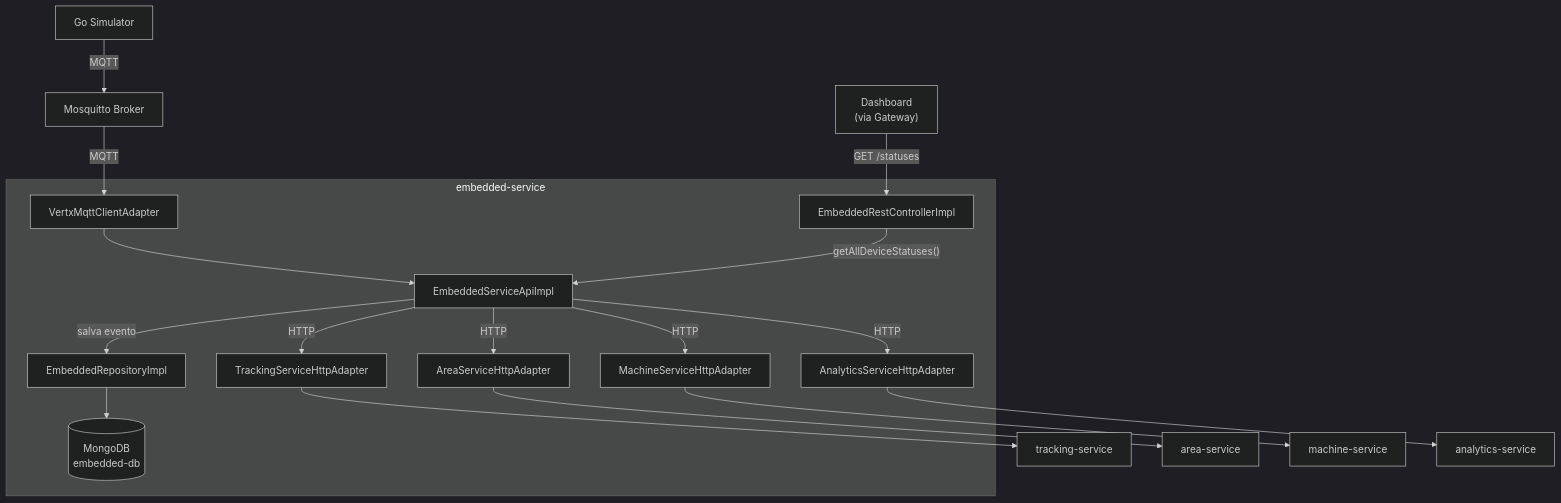
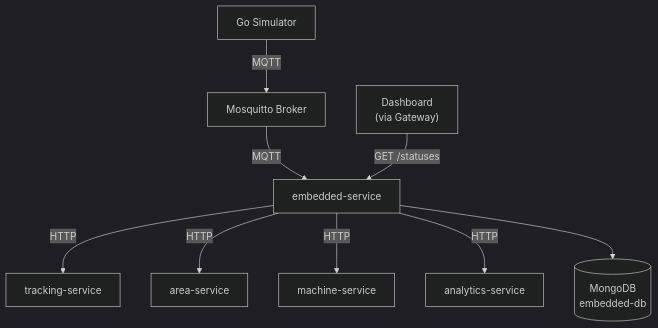
The ninth of 10 diagrams in docs/report/Implementation.md (piertv21/SmartGym-Monitor), drawn with Mermaid (dark theme) before and after one commit. The commit also changed other lines of this file, not shown here.

Commit message:
docs: refactor docs schema

````diff
--- a/docs/report/Implementation.md
+++ b/docs/report/Implementation.md
@@ -265,23 +286,12 @@
 ```mermaid
 flowchart TD
     SIM["Go Simulator"] -->|"MQTT"| BROKER["Mosquitto Broker"]
+    BROKER -->|"MQTT"| EMB
+    DASH["Dashboard\n(via Gateway)"] -->|"GET /statuses"| EMB
 
-    subgraph embedded-service
-        MQTT["VertxMqttClientAdapter"]
-        MQTT --> ESAPI["EmbeddedServiceApiImpl"]
-        ESAPI -->|"HTTP"| TSP["TrackingServiceHttpAdapter"]
-        ESAPI -->|"HTTP"| ASP["AreaServiceHttpAdapter"]
-        ESAPI -->|"HTTP"| MSP["MachineServiceHttpAdapter"]
-        ESAPI -->|"HTTP"| ANP["AnalyticsServiceHttpAdapter"]
-        ESAPI -->|"salva evento"| REPO["EmbeddedRepositoryImpl"]
-        REPO --> DB[(MongoDB\nembedded-db)]
-        CTRL["EmbeddedRestControllerImpl"] -->|"getAllDeviceStatuses()"| ESAPI
-    end
-
-    BROKER -->|"MQTT"| MQTT
-    DASH["Dashboard\n(via Gateway)"] -->|"GET /statuses"| CTRL
-    TSP --> TRK[tracking-service]
-    ASP --> AREA[area-service]
-    MSP --> MACH[machine-service]
-    ANP --> ANA[analytics-service]
+    EMB["embedded-service"] -->|"HTTP"| TRK["tracking-service"]
+    EMB -->|"HTTP"| AREA["area-service"]
+    EMB -->|"HTTP"| MACH["machine-service"]
+    EMB -->|"HTTP"| ANA["analytics-service"]
+    EMB --> DB[(MongoDB\nembedded-db)]
 ```
````
